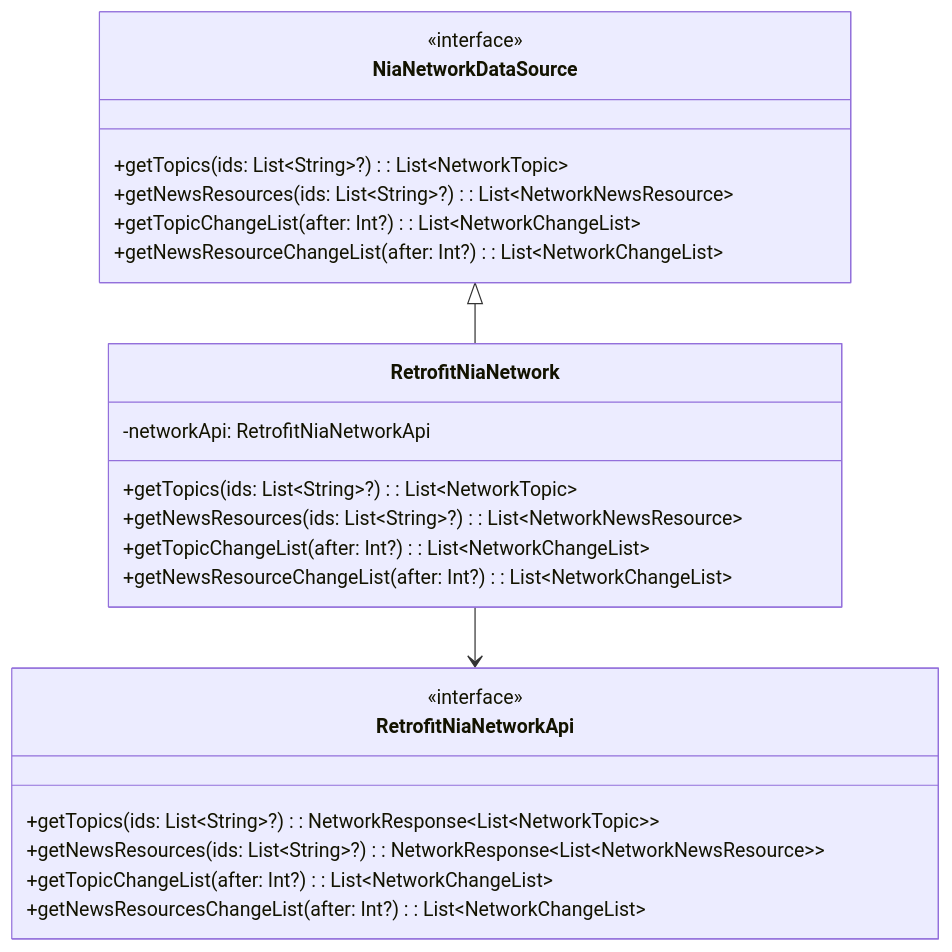
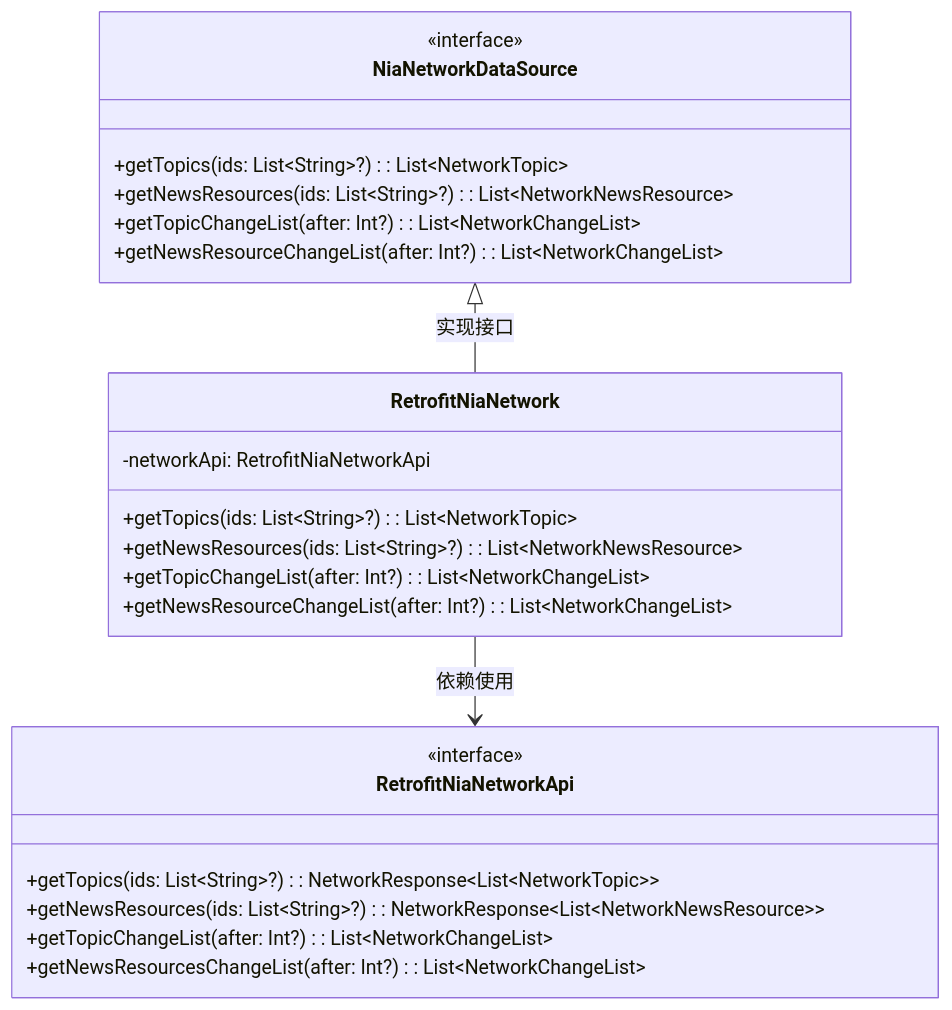
The third of 4 diagrams in core/network/src/main/kotlin/com/google/samples/apps/nowinandroid/core/network/retrofit/RetrofitNiaNetwork.kt.md (hyh19/nowinandroid), drawn with Mermaid before and after one commit. The commit also changed other lines of this file, not shown here.

````diff
--- a/core/network/src/main/kotlin/com/google/samples/apps/nowinandroid/core/network/retrofit/RetrofitNiaNetwork.kt.md
+++ b/core/network/src/main/kotlin/com/google/samples/apps/nowinandroid/core/network/retrofit/RetrofitNiaNetwork.kt.md
@@ -119,29 +125,29 @@
 ```mermaid
 classDiagram
-    NiaNetworkDataSource <|-- RetrofitNiaNetwork
-    RetrofitNiaNetwork --> RetrofitNiaNetworkApi
+    NiaNetworkDataSource <|-- RetrofitNiaNetwork : 实现接口
+    RetrofitNiaNetwork --> RetrofitNiaNetworkApi : 依赖使用
     
     class NiaNetworkDataSource {
         <<interface>>
         +getTopics(ids: List~String~?) : List~NetworkTopic~
         +getNewsResources(ids: List~String~?) : List~NetworkNewsResource~
         +getTopicChangeList(after: Int?) : List~NetworkChangeList~
         +getNewsResourceChangeList(after: Int?) : List~NetworkChangeList~
     }
     
     class RetrofitNiaNetwork {
         -networkApi: RetrofitNiaNetworkApi
         +getTopics(ids: List~String~?) : List~NetworkTopic~
         +getNewsResources(ids: List~String~?) : List~NetworkNewsResource~
         +getTopicChangeList(after: Int?) : List~NetworkChangeList~
         +getNewsResourceChangeList(after: Int?) : List~NetworkChangeList~
     }
     
     class RetrofitNiaNetworkApi {
         <<interface>>
         +getTopics(ids: List~String~?) : NetworkResponse~List~NetworkTopic~~
         +getNewsResources(ids: List~String~?) : NetworkResponse~List~NetworkNewsResource~~
         +getTopicChangeList(after: Int?) : List~NetworkChangeList~
         +getNewsResourcesChangeList(after: Int?) : List~NetworkChangeList~
     }
 ```
````
